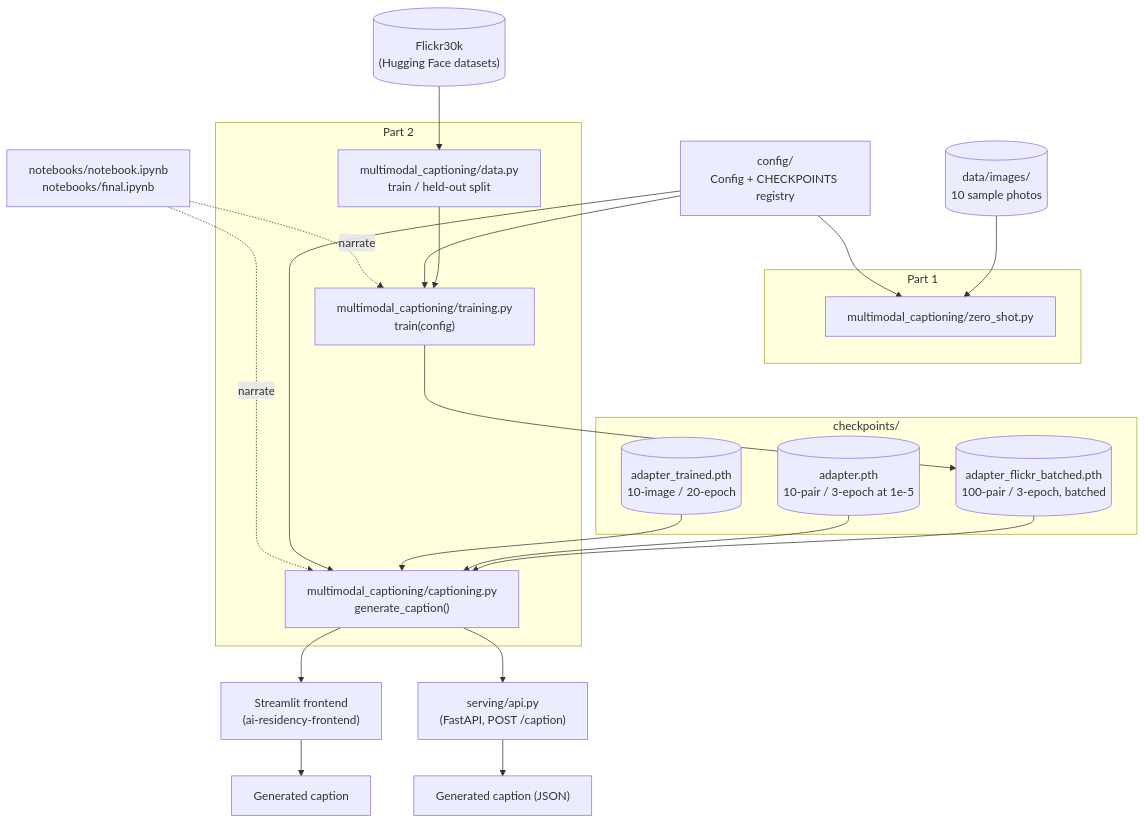
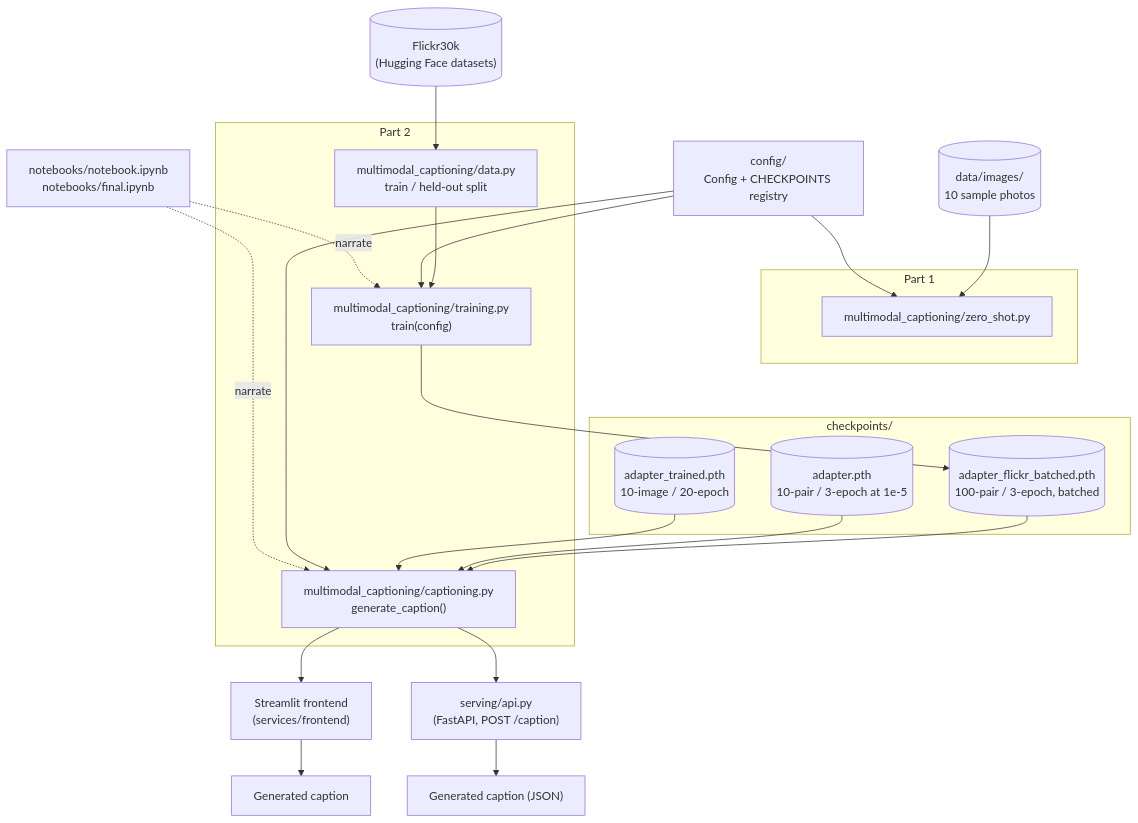
One commit to RoshBeed/ai-residency changed the first of 3 diagrams in services/multimodal-captioning/README.md. Above: the diagram before and after it, drawn with Mermaid. The commit also changed other lines of this file and 42 other files, not shown here.

````diff
--- a/services/multimodal-captioning/README.md
+++ b/services/multimodal-captioning/README.md
@@ -85,37 +85,37 @@
 ```mermaid
 flowchart TD
     config["config/<br/>Config + CHECKPOINTS registry"]
     flickr[("Flickr30k<br/>(Hugging Face datasets)")]
     images[("data/images/<br/>10 sample photos")]
 
     subgraph Part1["Part 1"]
         zs["multimodal_captioning/zero_shot.py"]
     end
 
     subgraph Part2["Part 2"]
         data["multimodal_captioning/data.py<br/>train / held-out split"]
         train["multimodal_captioning/training.py<br/>train(config)"]
         caption_fn["multimodal_captioning/captioning.py<br/>generate_caption()"]
     end
 
     subgraph Ckpts["checkpoints/"]
         ckpt3[("adapter_flickr_batched.pth<br/>100-pair / 3-epoch, batched")]
         ckpt1[("adapter.pth<br/>10-pair / 3-epoch at 1e-5")]
         ckpt2[("adapter_trained.pth<br/>10-image / 20-epoch")]
     end
 
     images --> zs
     flickr --> data --> train --> ckpt3 --> caption_fn
     ckpt1 --> caption_fn
     ckpt2 --> caption_fn
 
     config --> zs
     config --> train
     config --> caption_fn
 
-    caption_fn --> ui["Streamlit frontend<br/>(ai-residency-frontend)"] --> out1["Generated caption"]
+    caption_fn --> ui["Streamlit frontend<br/>(services/frontend)"] --> out1["Generated caption"]
     caption_fn --> api["serving/api.py<br/>(FastAPI, POST /caption)"] --> out2["Generated caption (JSON)"]
 
     nbs["notebooks/notebook.ipynb<br/>notebooks/final.ipynb"] -.narrate.-> train
     nbs -.narrate.-> caption_fn
 ```
````
